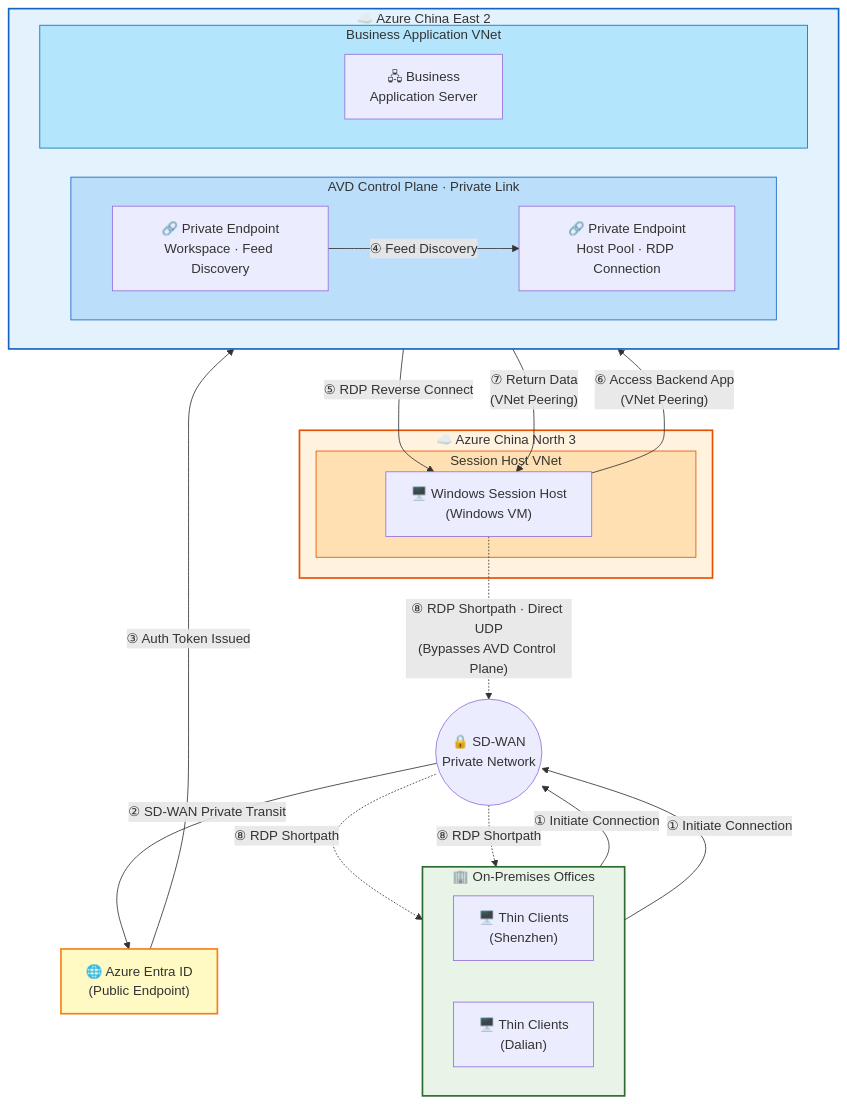
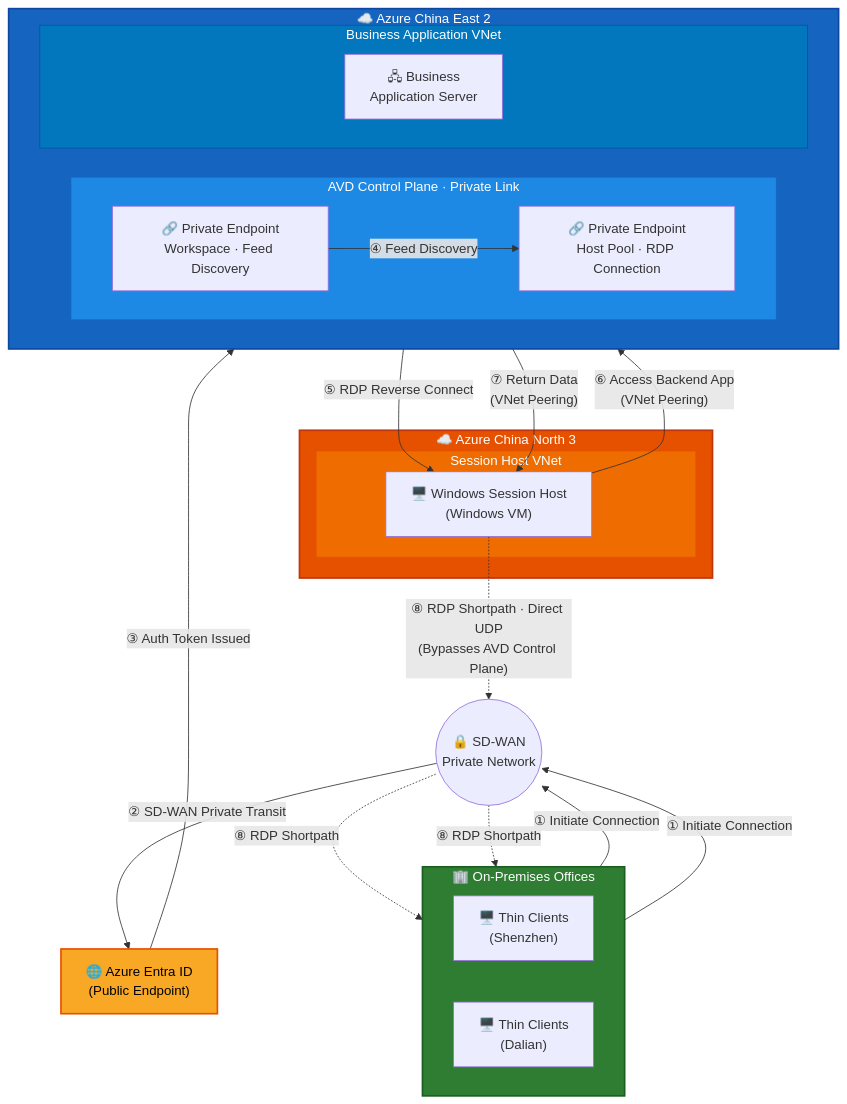
The diagram in README.md (teo-ma/remote-access-solutions), drawn with Mermaid before and after one commit. The commit also changed 1 other file, not shown here.

Commit message:
Adjust diagram colors for dark/light background compatibility

````diff
--- a/README.md
+++ b/README.md
@@ -9,50 +9,50 @@
 ```mermaid
 flowchart TB
     subgraph OnPrem["🏢 On-Premises Offices"]
         direction LR
         SZ["🖥️ Thin Clients<br/>(Shenzhen)"]
         DL["🖥️ Thin Clients<br/>(Dalian)"]
     end
 
     SDWAN(("🔒 SD-WAN<br/>Private Network"))
 
     subgraph AzureCE2["☁️ Azure China East 2"]
         direction LR
         subgraph AVD_CP["AVD Control Plane · Private Link"]
             direction LR
             PE_WS["🔗 Private Endpoint<br/>Workspace · Feed Discovery"]
             PE_HP["🔗 Private Endpoint<br/>Host Pool · RDP Connection"]
         end
         subgraph BizVNet["Business Application VNet"]
             APP["🖧 Business<br/>Application Server"]
         end
     end
 
     subgraph AzureCN3["☁️ Azure China North 3"]
         subgraph SHVNet["Session Host VNet"]
             SH["🖥️ Windows Session Host<br/>(Windows VM)"]
         end
     end
 
     EntraID["🌐 Azure Entra ID<br/>(Public Endpoint)"]
 
     SZ -- "① Initiate Connection" --> SDWAN
     DL -- "① Initiate Connection" --> SDWAN
     SDWAN -- "② SD-WAN Private Transit" --> EntraID
     EntraID -- "③ Auth Token Issued" --> PE_WS
     PE_WS -- "④ Feed Discovery" --> PE_HP
     PE_HP -- "⑤ RDP Reverse Connect" --> SH
     SH -- "⑥ Access Backend App<br/>(VNet Peering)" --> APP
     APP -- "⑦ Return Data<br/>(VNet Peering)" --> SH
     SH -. "⑧ RDP Shortpath · Direct UDP<br/>(Bypasses AVD Control Plane)" .-> SDWAN
     SDWAN -. "⑧ RDP Shortpath" .-> SZ
     SDWAN -. "⑧ RDP Shortpath" .-> DL
 
-    style EntraID fill:#fff9c4,stroke:#f57f17,stroke-width:2px
-    style OnPrem fill:#e8f4e8,stroke:#2d6a2d,stroke-width:2px
-    style AzureCE2 fill:#e3f2fd,stroke:#1565c0,stroke-width:2px
-    style AzureCN3 fill:#fff3e0,stroke:#e65100,stroke-width:2px
-    style AVD_CP fill:#bbdefb,stroke:#1565c0,stroke-width:1px
-    style BizVNet fill:#b3e5fc,stroke:#0277bd,stroke-width:1px
-    style SHVNet fill:#ffe0b2,stroke:#e65100,stroke-width:1px
+    style EntraID fill:#f9a825,stroke:#e65100,stroke-width:2px,color:#000
+    style OnPrem fill:#2e7d32,stroke:#1b5e20,stroke-width:2px,color:#fff
+    style AzureCE2 fill:#1565c0,stroke:#0d47a1,stroke-width:2px,color:#fff
+    style AzureCN3 fill:#e65100,stroke:#bf360c,stroke-width:2px,color:#fff
+    style AVD_CP fill:#1e88e5,stroke:#1565c0,stroke-width:1px,color:#fff
+    style BizVNet fill:#0277bd,stroke:#01579b,stroke-width:1px,color:#fff
+    style SHVNet fill:#ef6c00,stroke:#e65100,stroke-width:1px,color:#fff
 ```
````
